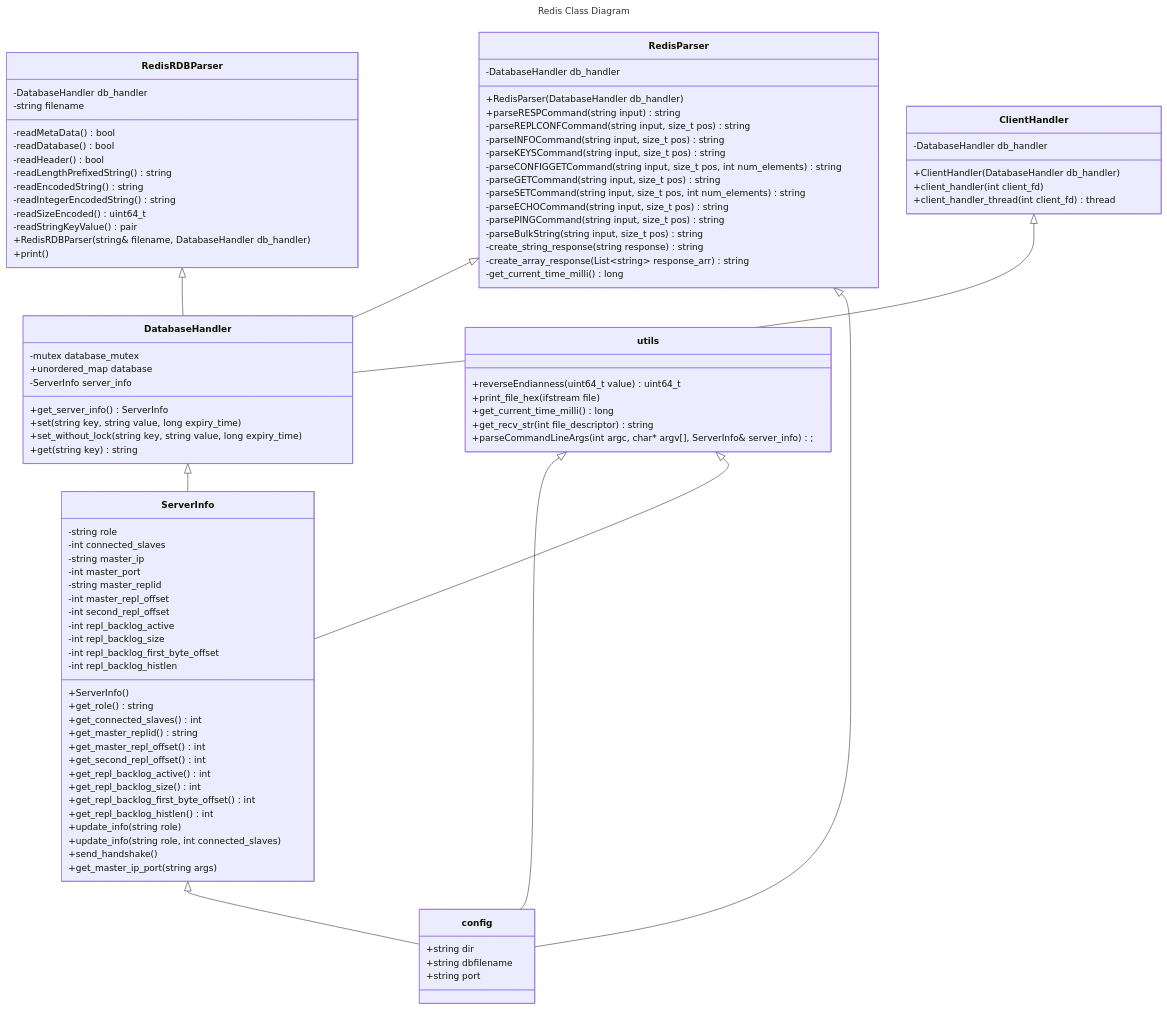
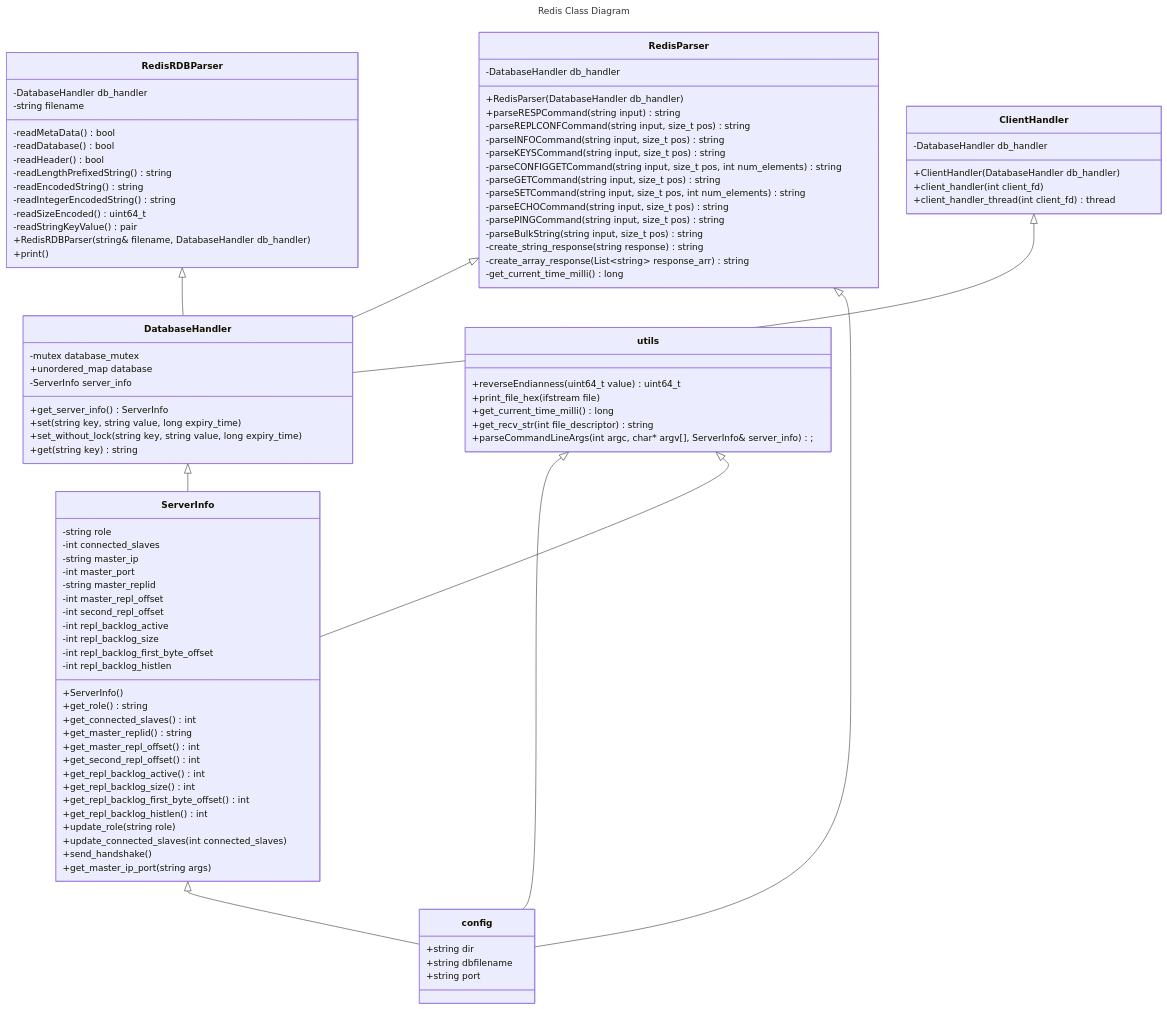
Before and after one commit to aniketmahajan20/aniketmahajan20-redis-cpp: the diagram in class_diagram.mmd, drawn with Mermaid. The commit also changed 10 other files, not shown here.

```diff
--- a/class_diagram.mmd
+++ b/class_diagram.mmd
@@ -1,98 +1,98 @@
 ---
 title: Redis Class Diagram
 ---
 classDiagram
     RedisRDBParser <|-- DatabaseHandler
     ClientHandler <|-- DatabaseHandler
     RedisParser <|-- DatabaseHandler
     DatabaseHandler <|-- ServerInfo
     RedisParser <|-- config
     utils <|-- config
     ServerInfo <|-- config
     utils <|-- ServerInfo 
     class RedisRDBParser{
         -DatabaseHandler db_handler
         -string filename
         -readMetaData() bool
         -readDatabase() bool
         -readHeader() bool
         -readLengthPrefixedString() string
         -readEncodedString() string
         -readIntegerEncodedString() string
         -readSizeEncoded() uint64_t
         -readStringKeyValue() pair
         +RedisRDBParser(string& filename, DatabaseHandler db_handler)
         +print()
     }
     class DatabaseHandler{
         -mutex database_mutex
         +unordered_map database
         -ServerInfo server_info
         +get_server_info() ServerInfo
         +set(string key, string value, long expiry_time) 
         +set_without_lock(string key, string value, long expiry_time)
         +get(string key) string
     }
     class ClientHandler{ 
         +ClientHandler(DatabaseHandler db_handler)
         +client_handler(int client_fd)
         +client_handler_thread(int client_fd) thread
         -DatabaseHandler db_handler
     }
     class RedisParser{
         +RedisParser(DatabaseHandler db_handler)
         +parseRESPCommand(string input) string
         -DatabaseHandler db_handler
         -parseREPLCONFCommand(string input, size_t pos) string
         -parseINFOCommand(string input, size_t pos) string
         -parseKEYSCommand(string input, size_t pos) string
         -parseCONFIGGETCommand(string input, size_t pos, int num_elements) string
         -parseGETCommand(string input, size_t pos) string
         -parseSETCommand(string input, size_t pos, int num_elements) string
         -parseECHOCommand(string input, size_t pos) string
         -parsePINGCommand(string input, size_t pos) string
         -parseBulkString(string input, size_t pos) string
         -create_string_response(string response) string
         -create_array_response(List~string~ response_arr) string
         -get_current_time_milli() long
     }
     class ServerInfo{
         +ServerInfo()
         +get_role() string
         +get_connected_slaves() int
         +get_master_replid() string
         +get_master_repl_offset() int
         +get_second_repl_offset() int
         +get_repl_backlog_active() int
         +get_repl_backlog_size() int
         +get_repl_backlog_first_byte_offset() int
         +get_repl_backlog_histlen() int
-        +update_info(string role)
-        +update_info(string role, int connected_slaves)
+        +update_role(string role)
+        +update_connected_slaves(int connected_slaves)
         +send_handshake()
         +get_master_ip_port(string args)
 
         -string role
         -int connected_slaves
         -string master_ip
         -int master_port
         -string master_replid
         -int master_repl_offset
         -int second_repl_offset
         -int repl_backlog_active
         -int repl_backlog_size
         -int repl_backlog_first_byte_offset
         -int repl_backlog_histlen
     }
     class config{
         +string dir
         +string dbfilename
         +string port
     }
     class utils{
         +reverseEndianness(uint64_t value) uint64_t
         +print_file_hex(ifstream file)
         +get_current_time_milli() long
         +get_recv_str(int file_descriptor) string
         +parseCommandLineArgs(int argc, char* argv[], ServerInfo& server_info);
     }
```
